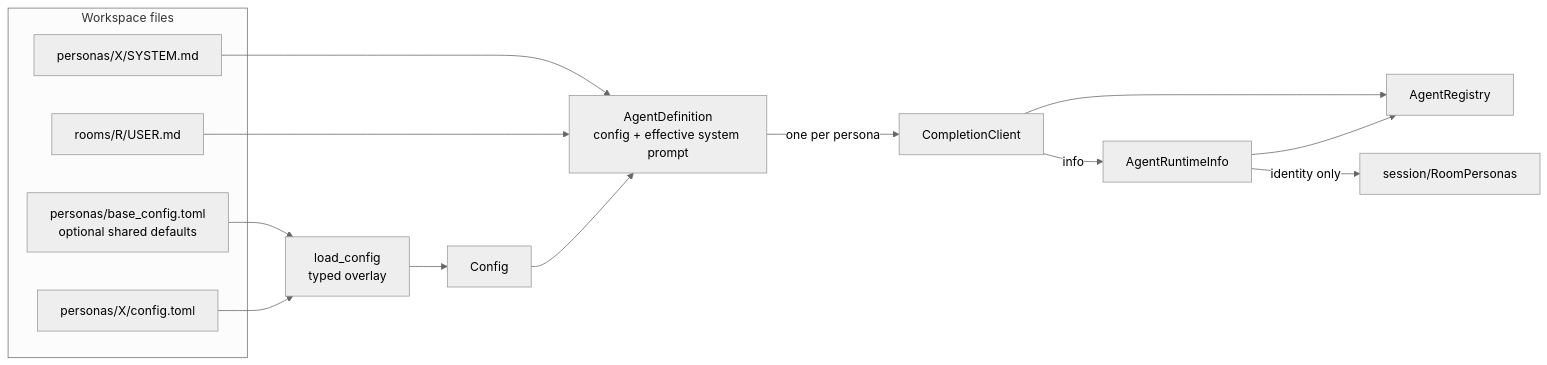
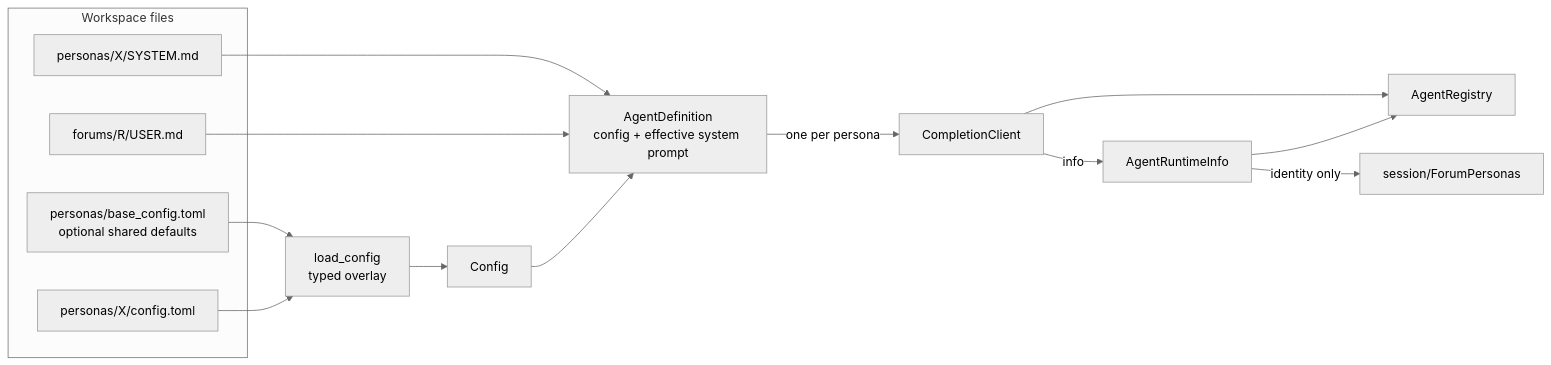
One commit to michaelpopov/cha changed the first of 4 diagrams in src/agents/README.md. Above: the diagram before and after it, drawn with Mermaid (neutral theme). The commit also changed other lines of this file and 59 other files, not shown here.

Commit message:
Rename room to forum

````diff
--- a/src/agents/README.md
+++ b/src/agents/README.md
@@ -24,21 +24,21 @@
 ```mermaid
 flowchart LR
     subgraph disk["Workspace files"]
         base["personas/base_config.toml<br/>optional shared defaults"]
         cfg["personas/X/config.toml"]
         sys["personas/X/SYSTEM.md"]
-        usr["rooms/R/USER.md"]
+        usr["forums/R/USER.md"]
     end
 
     base --> load["load_config<br/>typed overlay"]
     cfg --> load
     load --> conf["Config"]
     sys --> def["AgentDefinition<br/>config + effective system prompt"]
     usr --> def
     conf --> def
     def -->|"one per persona"| client["CompletionClient"]
     client --> registry["AgentRegistry"]
     client -->|"info"| runtime["AgentRuntimeInfo"]
     runtime --> registry
-    runtime -->|"identity only"| personas["session/RoomPersonas"]
+    runtime -->|"identity only"| personas["session/ForumPersonas"]
 ```
````
